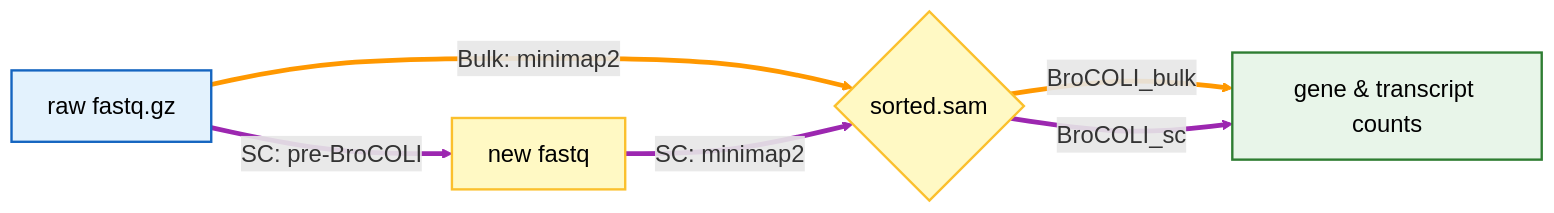
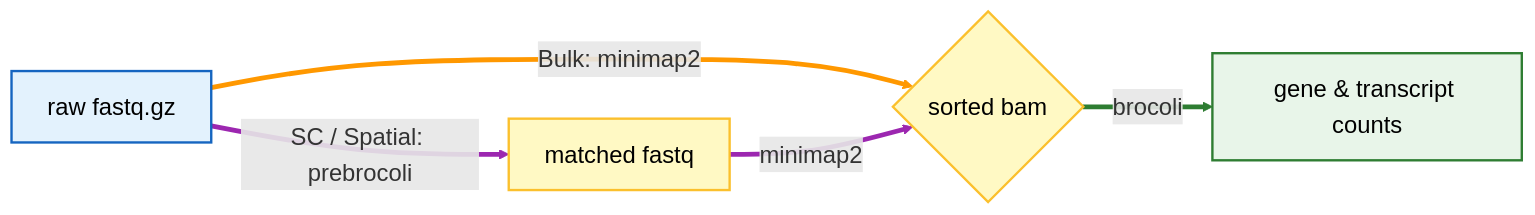
Before and after one commit to weiwei4396/BroCOLI: the diagram in docs/Tutorials.md, drawn with Mermaid. The commit also changed other lines of this file and 2 other files, not shown here.

````diff
--- a/docs/Tutorials.md
+++ b/docs/Tutorials.md
@@ -8,21 +9,21 @@
 ``` mermaid
 %%{init: {'themeVariables': { 'fontSize': '20px' }}}%%
 graph LR
   classDef input fill:#e3f2fd,stroke:#1565c0,stroke-width:2px,color:black;
   classDef process fill:#fff9c4,stroke:#fbc02d,stroke-width:2px,color:black;
   classDef result fill:#e8f5e9,stroke:#2e7d32,stroke-width:2px,color:black;
 
   A[raw fastq.gz]:::input
-  C[new fastq]:::process
-  B{sorted.sam}:::process
-  E[gene & transcript counts]:::result
+  C[matched fastq]:::process
+  B{sorted bam}:::process
+  E[gene &amp; transcript counts]:::result
 
   A --> |"Bulk: minimap2"| B
-  A --> |"SC: pre-BroCOLI"| C
-  C --> |"SC: minimap2"| B
-  B --> |"BroCOLI_bulk"| E
-  B --> |"BroCOLI_sc"| E
+  A --> |"SC / Spatial: prebrocoli"| C
+  C --> |"minimap2"| B
+  B --> |"brocoli"| E
 
-  linkStyle 0,3 stroke:#ff9800,stroke-width:4px;
-  linkStyle 1,2,4 stroke:#9c27b0,stroke-width:4px;
+  linkStyle 0 stroke:#ff9800,stroke-width:4px;
+  linkStyle 1,2 stroke:#9c27b0,stroke-width:4px;
+  linkStyle 3 stroke:#2e7d32,stroke-width:4px;
 ```
````
